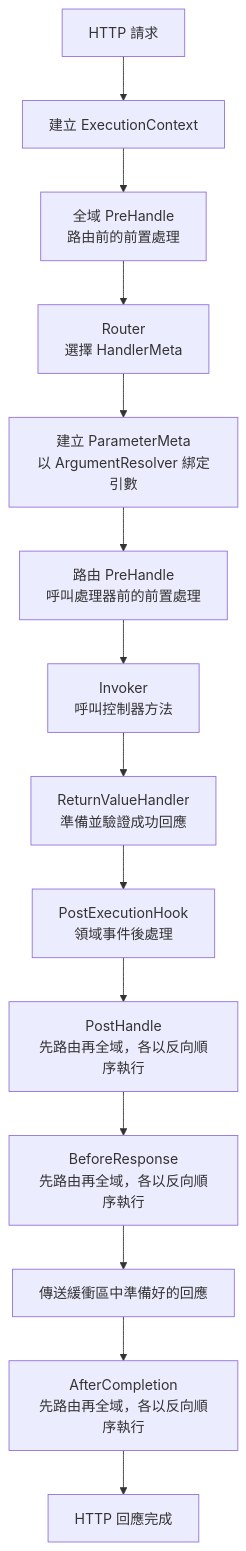
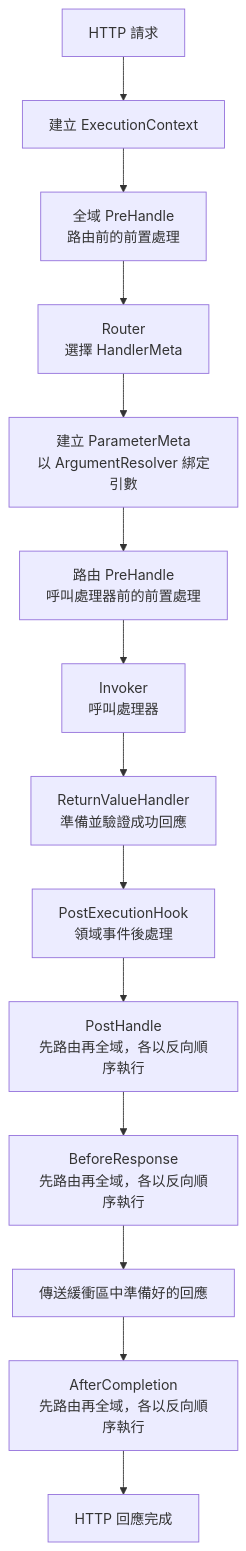
One commit to NARUBROWN/spine-site changed the diagram in docs/zh-Hant/learn/core-concepts/pipeline.md. Above: the diagram before and after it, drawn with Mermaid. The commit also changed other lines of this file and 193 other files, not shown here.

````diff
--- a/docs/zh-Hant/learn/core-concepts/pipeline.md
+++ b/docs/zh-Hant/learn/core-concepts/pipeline.md
@@ -21,31 +17,31 @@
 ```mermaid
 graph TD
     Request["HTTP 請求"]
     Context["建立 ExecutionContext"]
     GlobalPre["全域 PreHandle<br>路由前的前置處理"]
     Router["Router<br>選擇 HandlerMeta"]
     Binding["建立 ParameterMeta<br>以 ArgumentResolver 綁定引數"]
     RoutePre["路由 PreHandle<br>呼叫處理器前的前置處理"]
-    Handler["Invoker<br>呼叫控制器方法"]
+    Handler["Invoker<br>呼叫處理器"]
     Return["ReturnValueHandler<br>準備並驗證成功回應"]
     Hook["PostExecutionHook<br>領域事件後處理"]
     Post["PostHandle<br>先路由再全域，各以反向順序執行"]
     Before["BeforeResponse<br>先路由再全域，各以反向順序執行"]
     Flush["傳送緩衝區中準備好的回應"]
     After["AfterCompletion<br>先路由再全域，各以反向順序執行"]
     Response["HTTP 回應完成"]
 
     Request --> Context
     Context --> GlobalPre
     GlobalPre --> Router
     Router --> Binding
     Binding --> RoutePre
     RoutePre --> Handler
     Handler --> Return
     Return --> Hook
     Hook --> Post
     Post --> Before
     Before --> Flush
     Flush --> After
     After --> Response
 ```
````
